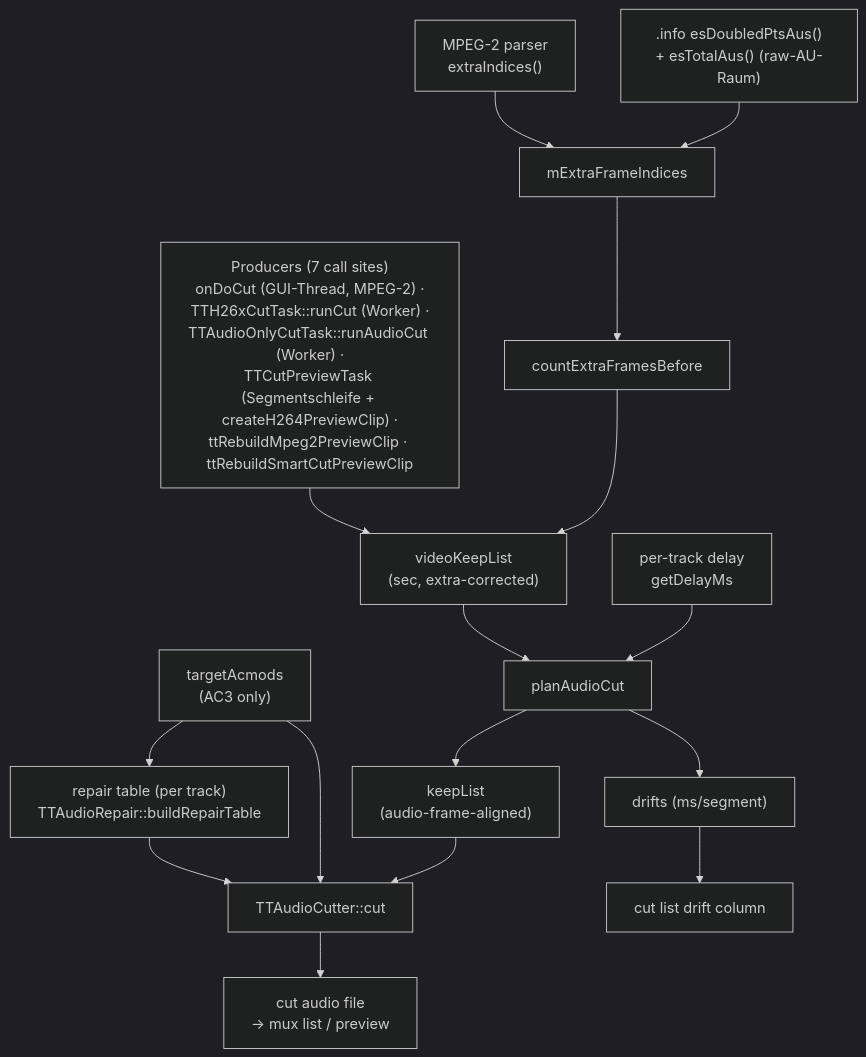
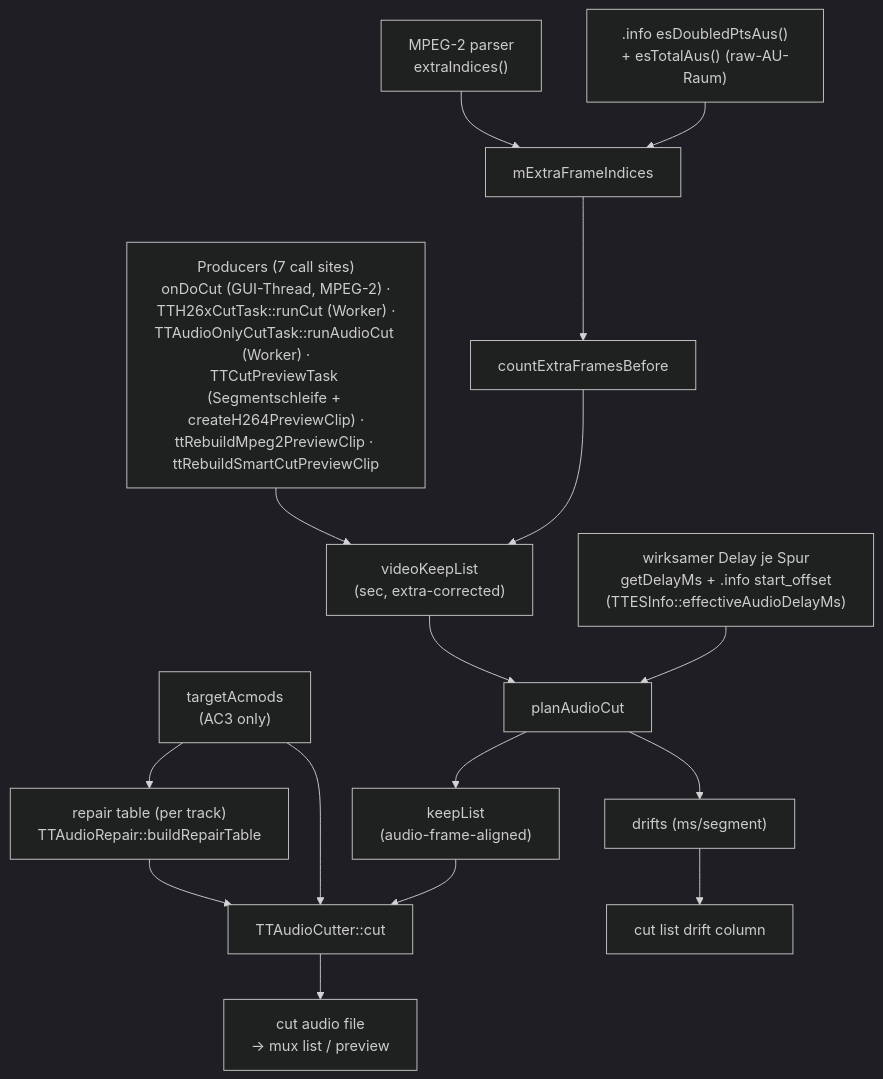
Before and after one commit to MINIXJR/TTCut-ng: the diagram in docs/code-map/audio-cut-timing.md, drawn with Mermaid (dark theme). The commit also changed other lines of this file and 7 other files, not shown here.

````diff
--- a/docs/code-map/audio-cut-timing.md
+++ b/docs/code-map/audio-cut-timing.md
@@ -67,34 +67,34 @@
 ```mermaid
 flowchart TD
   INFO[".info esDoubledPtsAus()<br/>+ esTotalAus() (raw-AU-Raum)"]
   MP2X["MPEG-2 parser<br/>extraIndices()"]
   EXTRA["mExtraFrameIndices"]
   CEFB["countExtraFramesBefore"]
   PROD["Producers (7 call sites)<br/>onDoCut (GUI-Thread, MPEG-2) ·<br/>TTH26xCutTask::runCut (Worker) ·<br/>TTAudioOnlyCutTask::runAudioCut (Worker) ·<br/>TTCutPreviewTask (Segmentschleife + createH264PreviewClip) ·<br/>ttRebuildMpeg2PreviewClip · ttRebuildSmartCutPreviewClip"]
   VKL["videoKeepList<br/>(sec, extra-corrected)"]
-  DELAY["per-track delay<br/>getDelayMs"]
+  DELAY["wirksamer Delay je Spur<br/>getDelayMs + .info start_offset<br/>(TTESInfo::effectiveAudioDelayMs)"]
   PLAN["planAudioCut"]
   KEEP["keepList<br/>(audio-frame-aligned)"]
   ACMOD["targetAcmods<br/>(AC3 only)"]
   REPAIR["repair table (per track)<br/>TTAudioRepair::buildRepairTable"]
   CUT["TTAudioCutter::cut"]
   OUT["cut audio file<br/>→ mux list / preview"]
   DRIFT["drifts (ms/segment)"]
   COL4["cut list drift column"]
 
   INFO --> EXTRA
   MP2X --> EXTRA
   EXTRA --> CEFB
   CEFB --> VKL
   PROD --> VKL
   DELAY --> PLAN
   VKL --> PLAN
   PLAN --> KEEP
   PLAN --> DRIFT
   KEEP --> CUT
   ACMOD --> CUT
   ACMOD --> REPAIR
   REPAIR --> CUT
   CUT --> OUT
   DRIFT --> COL4
 ```
````
